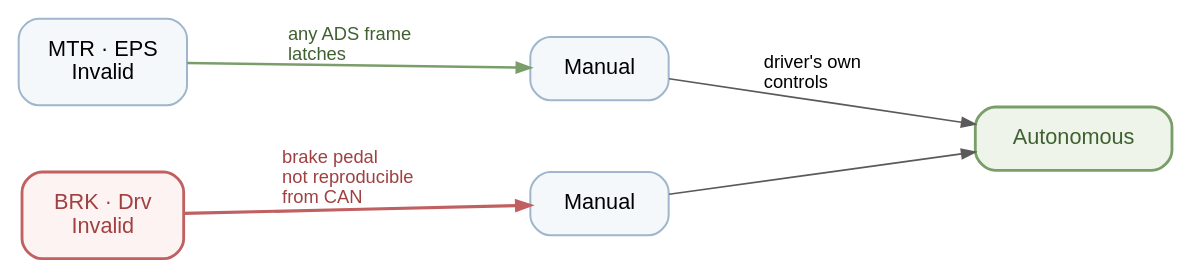
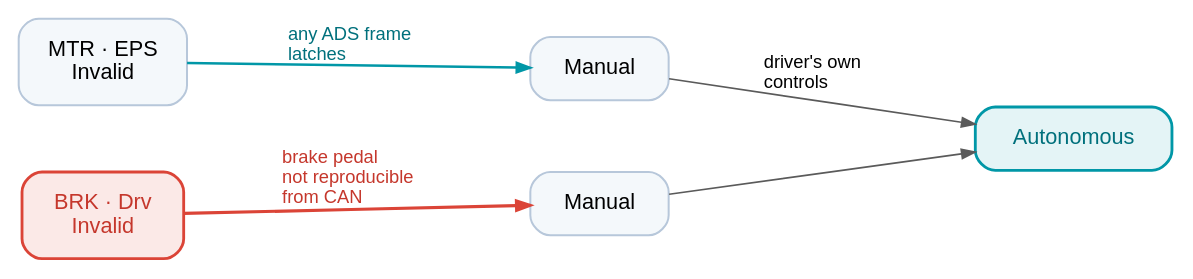
Before and after one commit to NEWSLabNTU/2026-golf-cart: the diagram in docs/reports/assets/vcu_states.dot, drawn with Graphviz. The commit also changed 12 other files, not shown here.

```diff
--- a/docs/reports/assets/vcu_states.dot
+++ b/docs/reports/assets/vcu_states.dot
@@ -1,31 +1,31 @@
 // Slide: the VCU decides engage, and one transition we cannot trigger.
 // Two lanes, three columns. The sentence about what the interface does while
 // waiting belongs in the slide prose, not in a node -- as a node it stretched
 // the figure to a 9:1 strip that no 16:9 slide can use.
 //   dot -Tpng -Gdpi=150 vcu_states.dot -o vcu_states.png
 digraph vcu {
   rankdir=LR; bgcolor="white"; nodesep=0.55; ranksep=1.5;
   fontname="Helvetica";
   node [shape=box, style="rounded,filled", fontname="Helvetica", fontsize=13,
-        color="#9fb6cc", fillcolor="#f4f8fb", penwidth=1.2, margin="0.24,0.16"];
+        color="#B7C7DA", fillcolor="#f4f8fb", penwidth=1.2, margin="0.24,0.16"];
   edge [fontname="Helvetica", fontsize=11, color="#5a5a5a", arrowsize=0.8];
 
   { rank=same;
     i1 [label="MTR · EPS\nInvalid"];
-    i2 [label="BRK · Drv\nInvalid", color="#c06060", fillcolor="#fdf3f3",
-        fontcolor="#a04040", penwidth=1.7];
+    i2 [label="BRK · Drv\nInvalid", color="#DB4437", fillcolor="#FBE9E7",
+        fontcolor="#C5372C", penwidth=1.7];
   }
   { rank=same;
     m1 [label="Manual"];
     m2 [label="Manual"];
   }
-  auto [label="Autonomous", fillcolor="#eef4ea", color="#7a9e6a",
-        fontcolor="#3f6030", penwidth=1.7];
+  auto [label="Autonomous", fillcolor="#E4F4F6", color="#0097A7",
+        fontcolor="#00707C", penwidth=1.7];
 
   i1 -> m1 [label="  any ADS frame\l  latches\l",
-            color="#7a9e6a", fontcolor="#3f6030", penwidth=1.5];
+            color="#0097A7", fontcolor="#00707C", penwidth=1.5];
   i2 -> m2 [label="  brake pedal\l  not reproducible\l  from CAN\l",
-            color="#c06060", fontcolor="#a04040", style=bold, penwidth=1.9];
+            color="#DB4437", fontcolor="#C5372C", style=bold, penwidth=1.9];
   m1 -> auto [label="  driver's own\l  controls\l"];
   m2 -> auto;
 }
```
